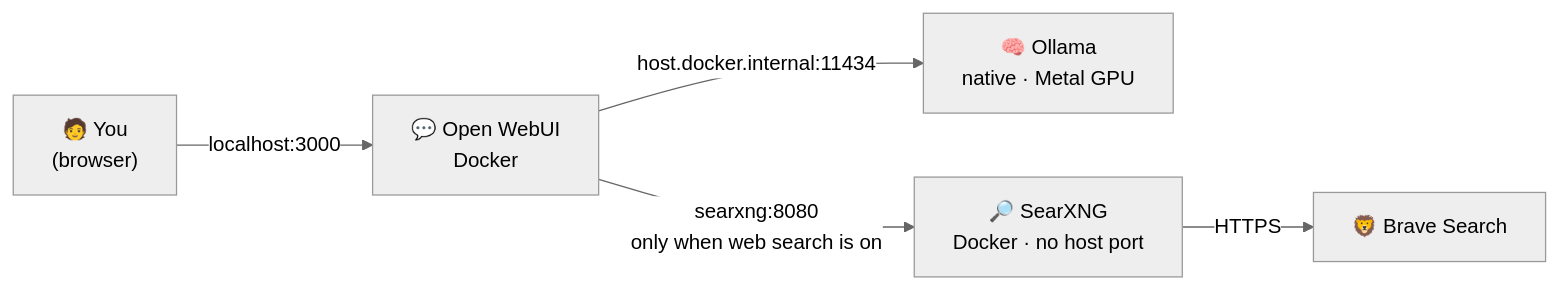
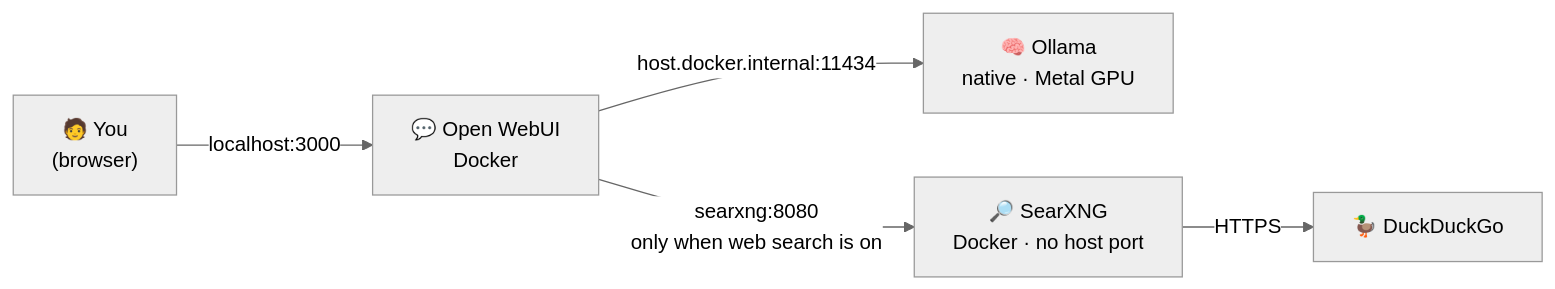
Before and after one commit to paulmorphic/private-ai-chat: the diagram in README.md, drawn with Mermaid (neutral theme). The commit also changed other lines of this file and 4 other files, not shown here.

First line of the commit message:
Switch web search from Brave to DuckDuckGo, upgrade SearXNG

````diff
--- a/README.md
+++ b/README.md
@@ -43,7 +43,7 @@
 ```mermaid
 flowchart LR
     You["🧑 You<br/>(browser)"] -->|"localhost:3000"| WebUI["💬 Open WebUI<br/>Docker"]
     WebUI -->|"host.docker.internal:11434"| Ollama["🧠 Ollama<br/>native · Metal GPU"]
     WebUI -->|"searxng:8080<br/>only when web search is on"| SearXNG["🔎 SearXNG<br/>Docker · no host port"]
-    SearXNG -->|"HTTPS"| Brave["🦁 Brave Search"]
+    SearXNG -->|"HTTPS"| DDG["🦆 DuckDuckGo"]
 ```
````
